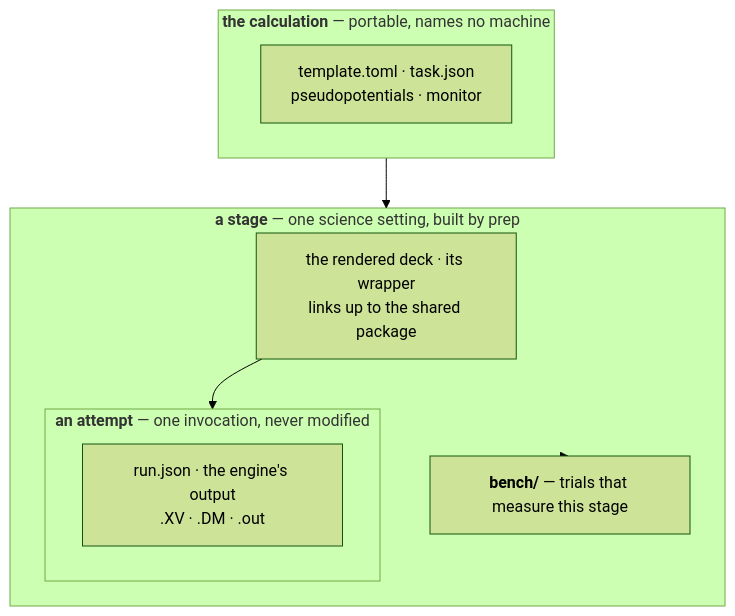
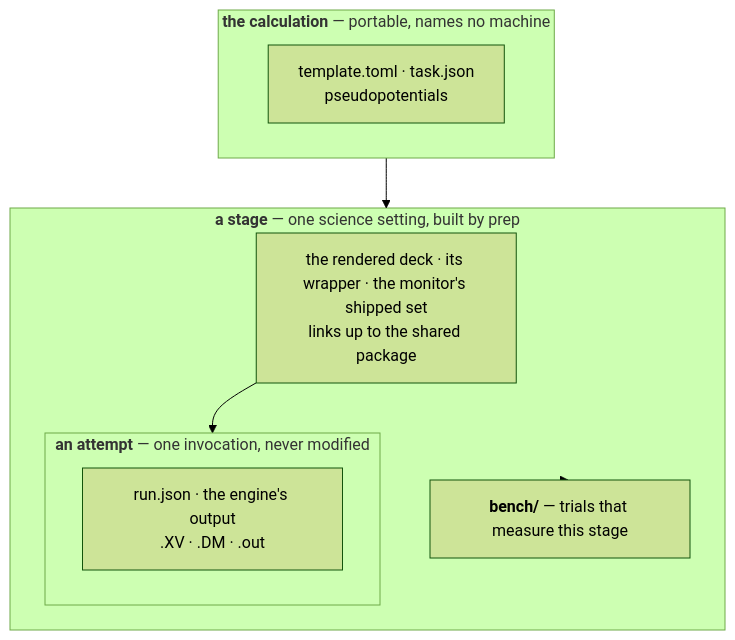
The third of 10 diagrams in docs/execution/project-layout.md (Qing-LAB/molbuilder), drawn with Mermaid (forest theme) before and after one commit. The commit also changed other lines of this file and 111 other files, not shown here.

````diff
--- a/docs/execution/project-layout.md
+++ b/docs/execution/project-layout.md
@@ -322,16 +326,16 @@
 ```mermaid
 flowchart TB
     subgraph CALC["<b>the calculation</b> — portable, names no machine"]
-      T["template.toml · task.json<br/>pseudopotentials · monitor"]
+      T["template.toml · task.json<br/>pseudopotentials"]
     end
     subgraph ST["<b>a stage</b> — one science setting, built by prep"]
-      D["the rendered deck · its wrapper<br/>links up to the shared package"]
+      D["the rendered deck · its wrapper · the monitor's shipped set<br/>links up to the shared package"]
       subgraph AT["<b>an attempt</b> — one invocation, never modified"]
         O["run.json · the engine's output<br/>.XV · .DM · .out"]
       end
       BN["<b>bench/</b> — trials that measure this stage"]
     end
     CALC --> ST
     D --> AT
     ST -.-> BN
 ```
````
